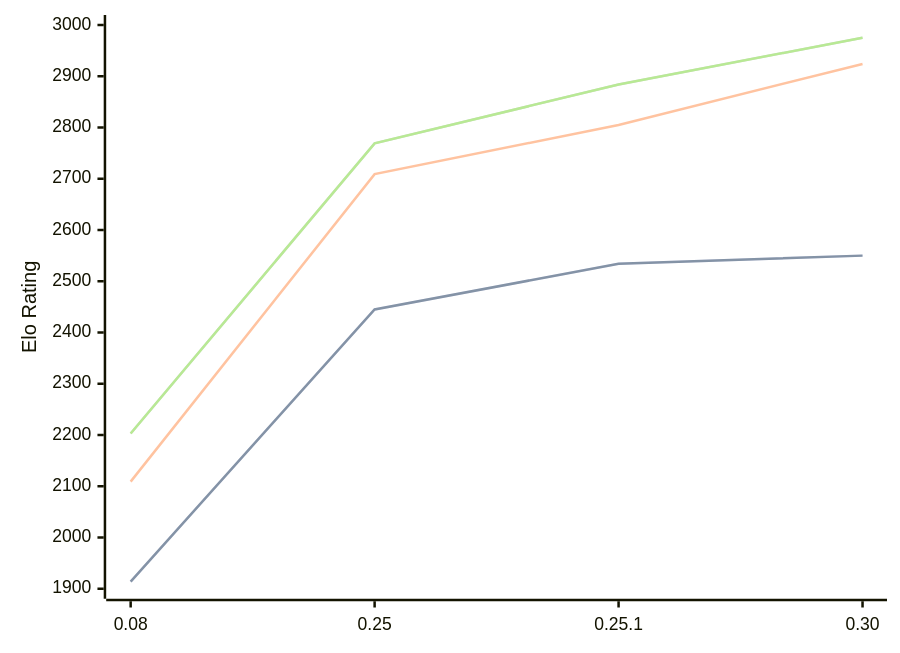
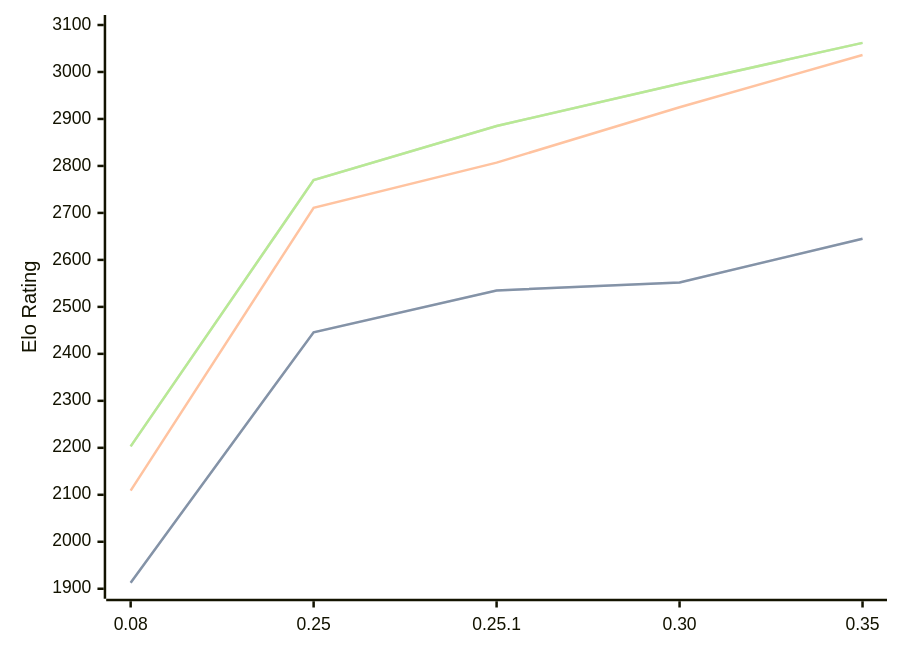
One commit to computer-chess-index/cci changed the diagram in engines/Gecko.md. Above: the diagram before and after it, drawn with Mermaid. The commit also changed other lines of this file, not shown here.

Commit message:
Update CCI Ratings (ELO VLTC) - 2026-05-14

````diff
--- a/engines/Gecko.md
+++ b/engines/Gecko.md
@@ -34,11 +35,11 @@
 ```mermaid
 %%{init: {"theme":"base","themeVariables":{"seriesColors:['#a3a3a3','#222221','#faa371']}}}%%
 xychart-beta
-  x-axis ["0.08", "0.25", "0.25.1", "0.30"]
-  y-axis "Elo Rating" 1900 --> 3000
-  line "STC (8.0+0.08s)" [1914, 2445, 2534, 2550]
-  line "STC (8.0+0.08s)" [1914, 2445, 2534, 2550]
-  line "LTC (60.0+0.60s)" [2109, 2709, 2805, 2924]
-  line "VLTC (2m24s+1.12s)" [2203, 2769, 2884, 2975]
-  line "VLTC (2m24s+1.12s)" [2203, 2769, 2884, 2975]
+  x-axis ["0.08", "0.25", "0.25.1", "0.30", "0.35"]
+  y-axis "Elo Rating" 1900 --> 3100
+  line "STC (8.0+0.08s)" [1913, 2446, 2535, 2552, 2645]
+  line "STC (8.0+0.08s)" [1913, 2446, 2535, 2552, 2645]
+  line "LTC (60.0+0.60s)" [2109, 2711, 2807, 2925, 3036]
+  line "VLTC (2m24s+1.12s)" [2203, 2770, 2885, 2975, 3062]
+  line "VLTC (2m24s+1.12s)" [2203, 2770, 2885, 2975, 3062]
 ```
````
